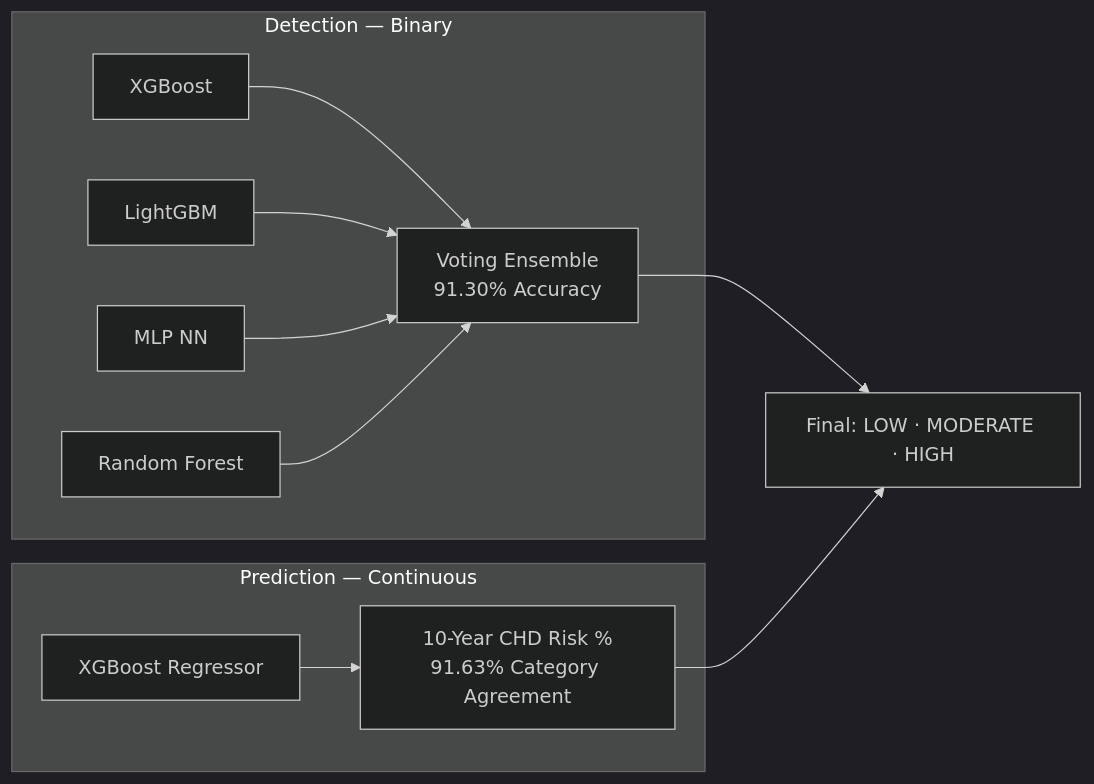
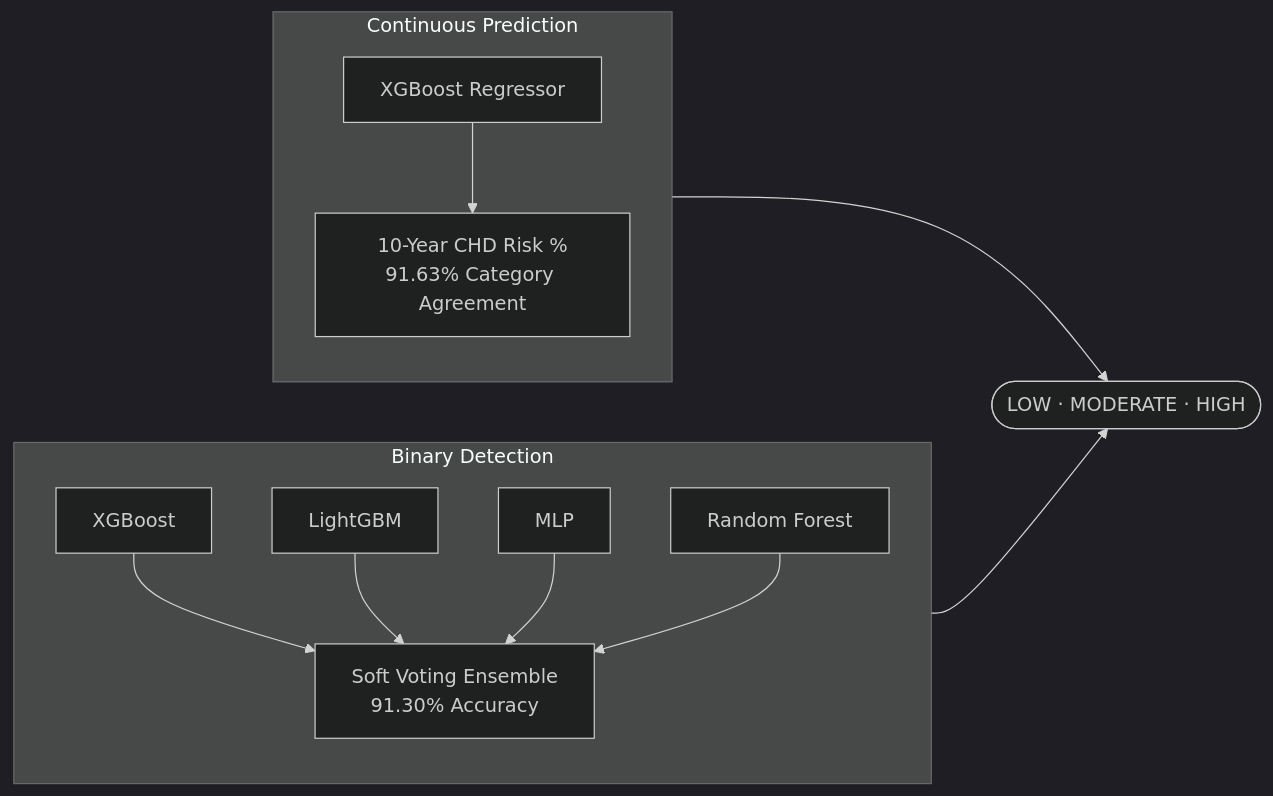
Before and after one commit to Prajan-v/CardioDetect: the second of 2 diagrams in README.md, drawn with Mermaid (dark theme). The commit also changed other lines of this file, not shown here.

````diff
--- a/README.md
+++ b/README.md
@@ -50,12 +57,12 @@
 ```mermaid
 graph LR
-    subgraph E1["Detection — Binary"]
-        XGB1[XGBoost] & LGB[LightGBM] & MLP[MLP NN] & RF[Random Forest]
-        --> VE["Voting Ensemble\n91.30% Accuracy"]
+    subgraph Detection["Binary Detection"]
+        direction TB
+        A1[XGBoost] & A2[LightGBM] & A3[MLP] & A4[Random Forest] --> V[Soft Voting Ensemble<br/>91.30% Accuracy]
     end
-    subgraph E2["Prediction — Continuous"]
-        XGB2[XGBoost Regressor]
-        --> RR["10-Year CHD Risk %\n91.63% Category Agreement"]
+    subgraph Prediction["Continuous Prediction"]
+        direction TB
+        B1[XGBoost Regressor] --> R[10-Year CHD Risk %<br/>91.63% Category Agreement]
     end
-    VE & RR --> OUT["Final: LOW · MODERATE · HIGH"]
+    V & R --> OUT([LOW · MODERATE · HIGH])
 ```
````
